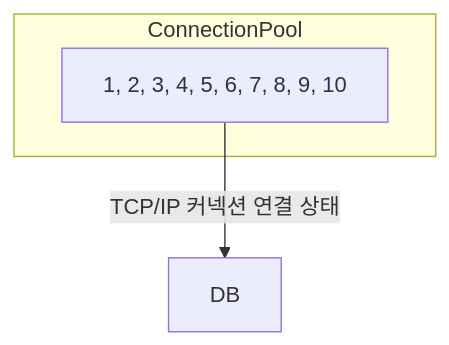
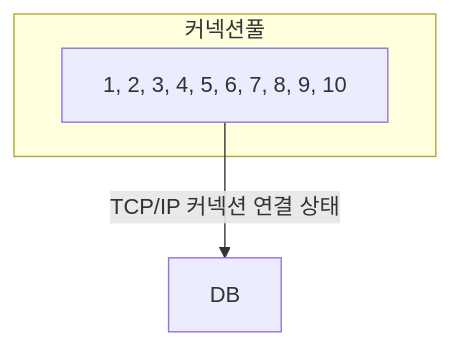
The third of 4 diagrams in content/Resources/프로그래밍/Java/김영한의 스프링/DB 1편/2. 커넥션 풀과 데이터소스 이해.md (choiexe1/blog), drawn with Mermaid before and after one commit. The commit also changed other lines of this file, not shown here.

````diff
--- a/content/Resources/프로그래밍/Java/김영한의 스프링/DB 1편/2. 커넥션 풀과 데이터소스 이해.md
+++ b/content/Resources/프로그래밍/Java/김영한의 스프링/DB 1편/2. 커넥션 풀과 데이터소스 이해.md
@@ -77,10 +77,10 @@
 ```mermaid
 graph
-subgraph ConnectionPool
+subgraph 커넥션풀
 	C[1, 2, 3, 4, 5, 6, 7, 8, 9, 10]
 end
 
 DB
 
 C -->|TCP/IP 커넥션 연결 상태| DB
 ```
````
